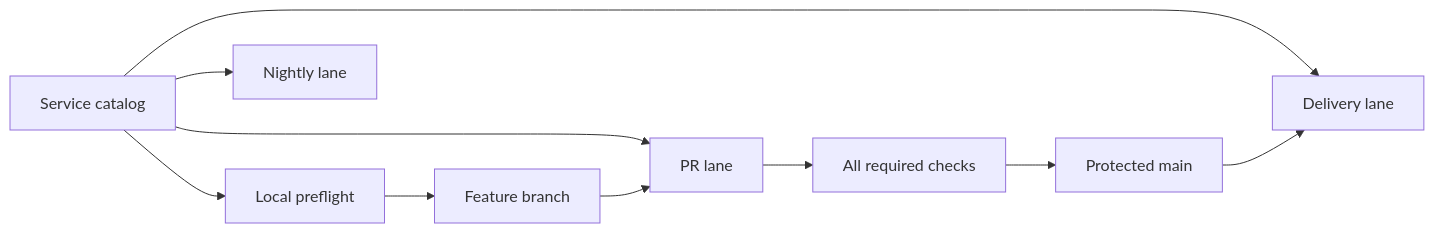
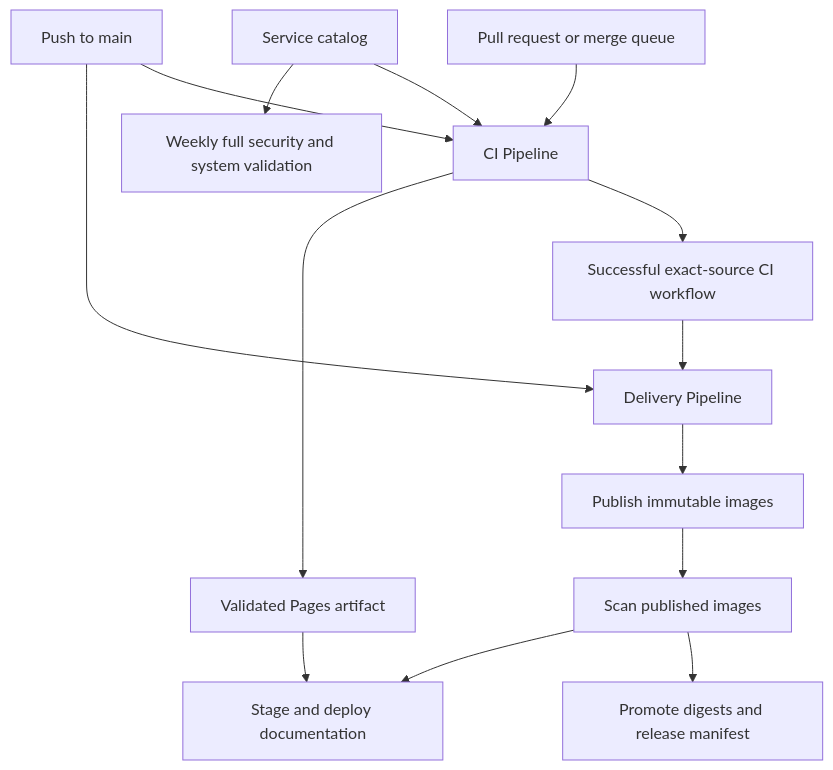
The diagram in apps/docs/platform/ci-cd-pipelines.md (joelmale/nexusVTT), drawn with Mermaid before and after one commit. The commit also changed other lines of this file and 6 other files, not shown here.

First line of the commit message:
ci: drop shadow published-image E2E, move VTT integration to weekly lane

````diff
--- a/apps/docs/platform/ci-cd-pipelines.md
+++ b/apps/docs/platform/ci-cd-pipelines.md
@@ -12,12 +18,16 @@
 ```mermaid
-flowchart LR
-  Catalog[Service catalog] --> Preflight[Local preflight]
-  Catalog --> PR[PR lane]
-  Catalog --> Delivery[Delivery lane]
-  Catalog --> Nightly[Nightly lane]
-  Preflight --> Branch[Feature branch]
-  Branch --> PR
-  PR --> Gate[All required checks]
-  Gate --> Main[Protected main]
-  Main --> Delivery
+flowchart TD
+  Catalog[Service catalog] --> CI[CI Pipeline]
+  PR[Pull request or merge queue] --> CI
+  Main[Push to main] --> CI
+  Main --> Delivery[Delivery Pipeline]
+  CI --> Evidence[Successful exact-source CI workflow]
+  Evidence --> Delivery
+  Delivery --> Images[Publish immutable images]
+  Images --> Scan[Scan published images]
+  Scan --> Promote[Promote digests and release manifest]
+  CI --> Pages[Validated Pages artifact]
+  Pages --> Docs[Stage and deploy documentation]
+  Scan --> Docs
+  Catalog --> Weekly[Weekly full security and system validation]
 ```
````
